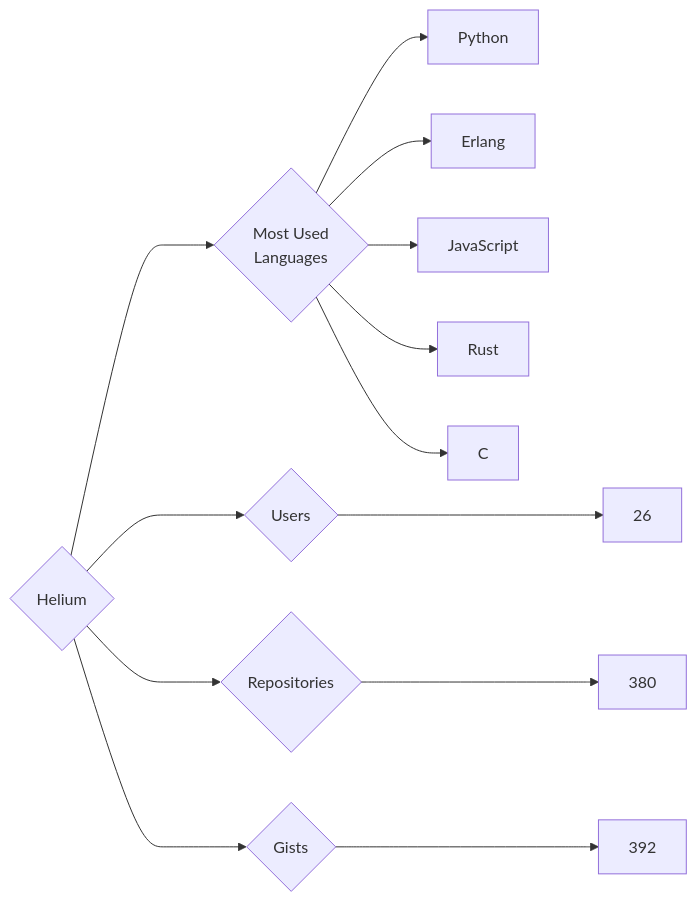
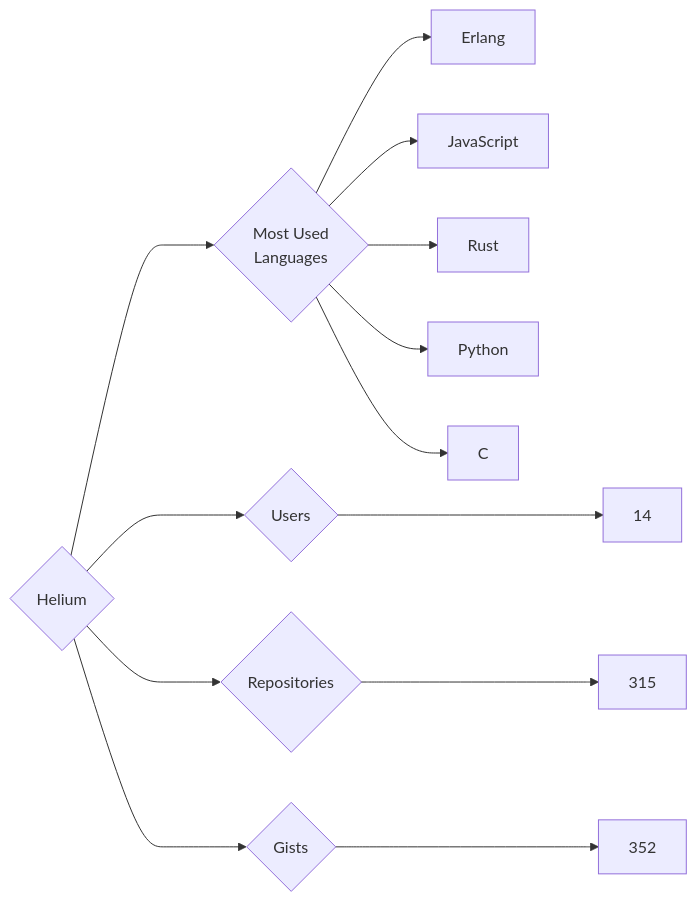
The diagram in targets/Helium/README.md (trickest/insiders), drawn with Mermaid before and after one commit. The commit also changed 440 other files, not shown here.

````diff
--- a/targets/Helium/README.md
+++ b/targets/Helium/README.md
@@ -3,13 +3,13 @@
 ```mermaid
 graph LR
 COMPANY_NAME{Helium}
-COMPANY_NAME ---> U{Users} ---> UN[26]
-COMPANY_NAME ---> R{Repositories} ---> RN[380]
-COMPANY_NAME ---> G{Gists} ---> GN[392]
+COMPANY_NAME ---> U{Users} ---> UN[14]
+COMPANY_NAME ---> R{Repositories} ---> RN[315]
+COMPANY_NAME ---> G{Gists} ---> GN[352]
 COMPANY_NAME ---> ML{Most Used<br>Languages}
-ML --> Python[Python]
 ML --> Erlang[Erlang]
 ML --> JavaScript[JavaScript]
 ML --> Rust[Rust]
+ML --> Python[Python]
 ML --> C[C]
 ```
````
